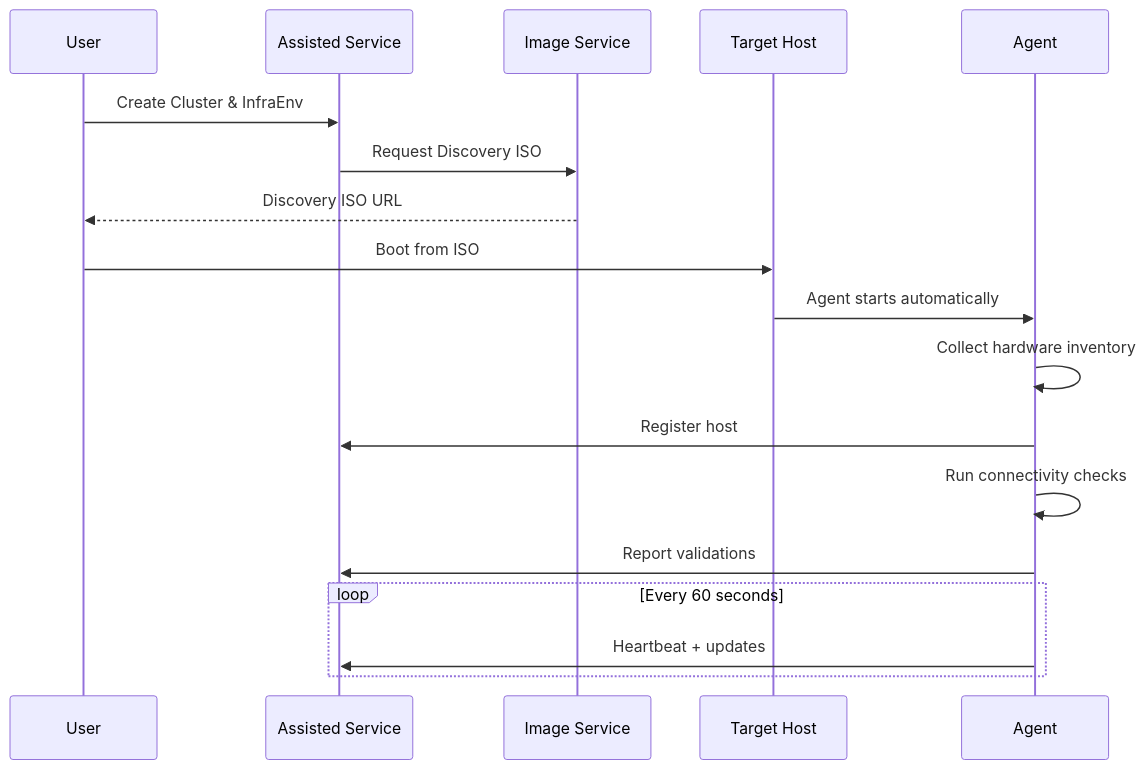
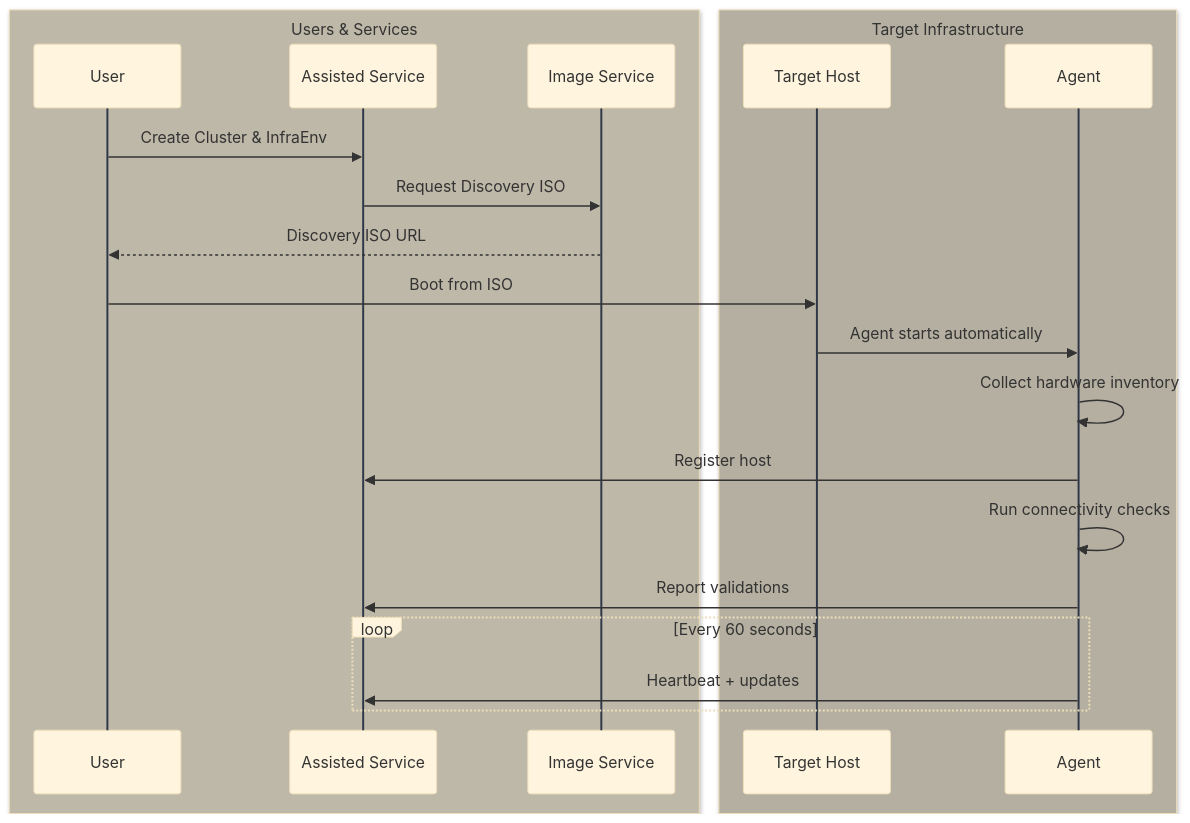
One commit to zszabo-rh/openshift-install-guide changed the second of 8 diagrams in 03-assisted-installation/overview.md. Above: the diagram before and after it, drawn with Mermaid. The commit also changed other lines of this file and 16 other files, not shown here.

Commit message:
improved diagram style

````diff
--- a/03-assisted-installation/overview.md
+++ b/03-assisted-installation/overview.md
@@ -44,21 +60,27 @@
 ```mermaid
+%%{init: {'theme': 'base', 'themeVariables': { 'lineColor': '#2d3748', 'actorLineColor': '#2d3748' }}}%%
 sequenceDiagram
-    participant User
-    participant Service as Assisted Service
-    participant ISO as Image Service
-    participant Host as Target Host
-    participant Agent
+    box rgb(190,184,168) Users & Services
+        participant User
+        participant Service as Assisted Service
+        participant ISO as Image Service
+    end
+    
+    box rgb(180,175,160) Target Infrastructure
+        participant Host as Target Host
+        participant Agent
+    end
     
     User->>Service: Create Cluster & InfraEnv
     Service->>ISO: Request Discovery ISO
     ISO-->>User: Discovery ISO URL
     User->>Host: Boot from ISO
     Host->>Agent: Agent starts automatically
     Agent->>Agent: Collect hardware inventory
     Agent->>Service: Register host
     Agent->>Agent: Run connectivity checks
     Agent->>Service: Report validations
     loop Every 60 seconds
         Agent->>Service: Heartbeat + updates
     end
 ```
````
